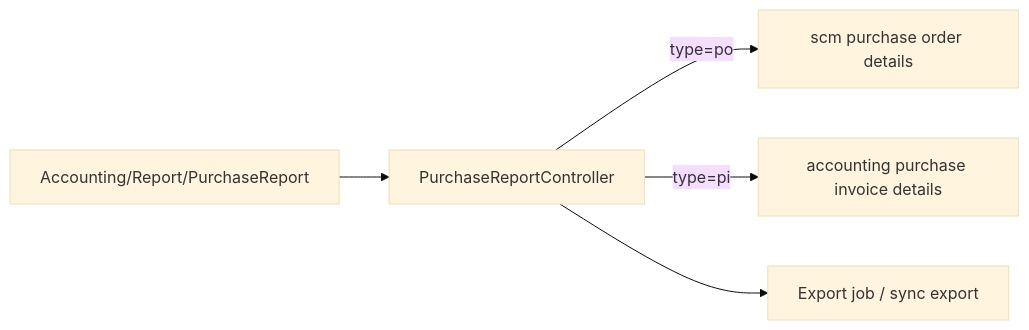
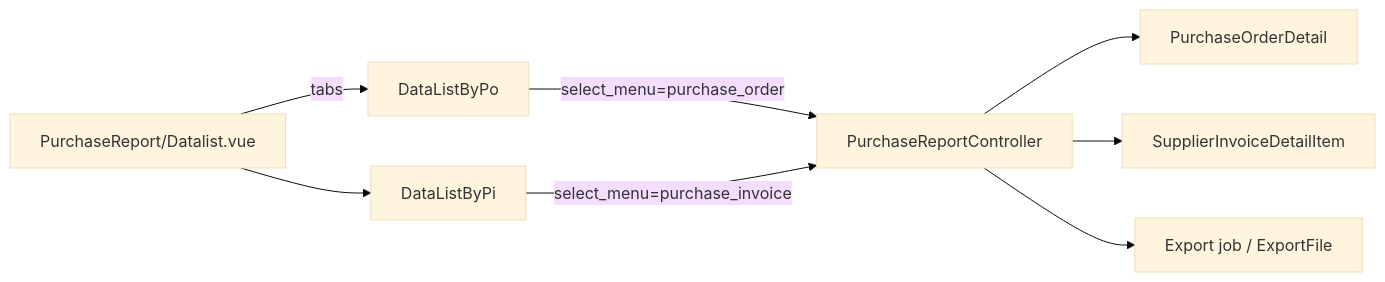
Before and after one commit to yendyr/olshoperp-docs: the diagram in qa-docs/accounting-purchase-report/technical.md, drawn with Mermaid (base theme). The commit also changed other lines of this file and 6 other files, not shown here.

Commit message:
docs(qa): sync Purchase Report AS-IS docs from developer

````diff
--- a/qa-docs/accounting-purchase-report/technical.md
+++ b/qa-docs/accounting-purchase-report/technical.md
@@ -24,7 +24,10 @@
 ```mermaid
 flowchart LR
-  FE[Accounting/Report/PurchaseReport] --> API[PurchaseReportController]
-  API -->|type=po| PO[scm purchase order details]
-  API -->|type=pi| PI[accounting purchase invoice details]
-  API --> EXP[Export job / sync export]
+  FE[PurchaseReport/Datalist.vue] -->|tabs| PO[DataListByPo]
+  FE --> PI[DataListByPi]
+  PO -->|select_menu=purchase_order| API[PurchaseReportController]
+  PI -->|select_menu=purchase_invoice| API
+  API --> POD[PurchaseOrderDetail]
+  API --> SID[SupplierInvoiceDetailItem]
+  API --> EXP[Export job / ExportFile]
 ```
````
